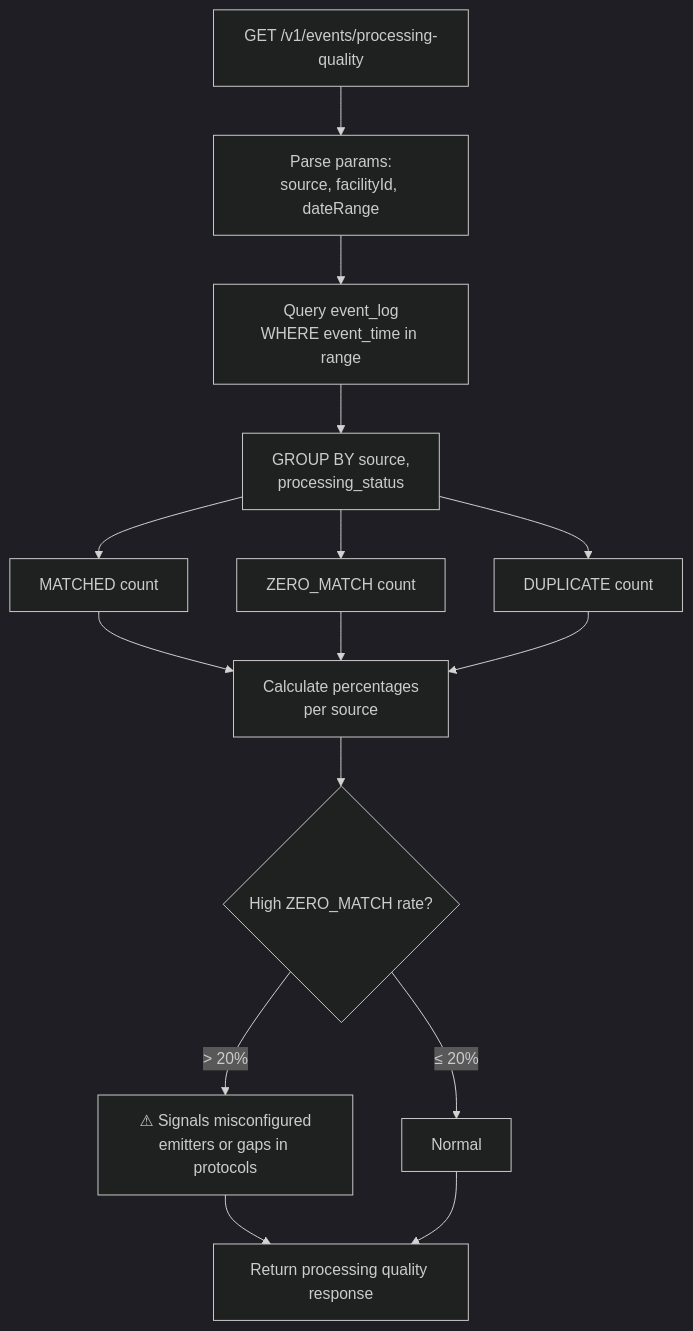
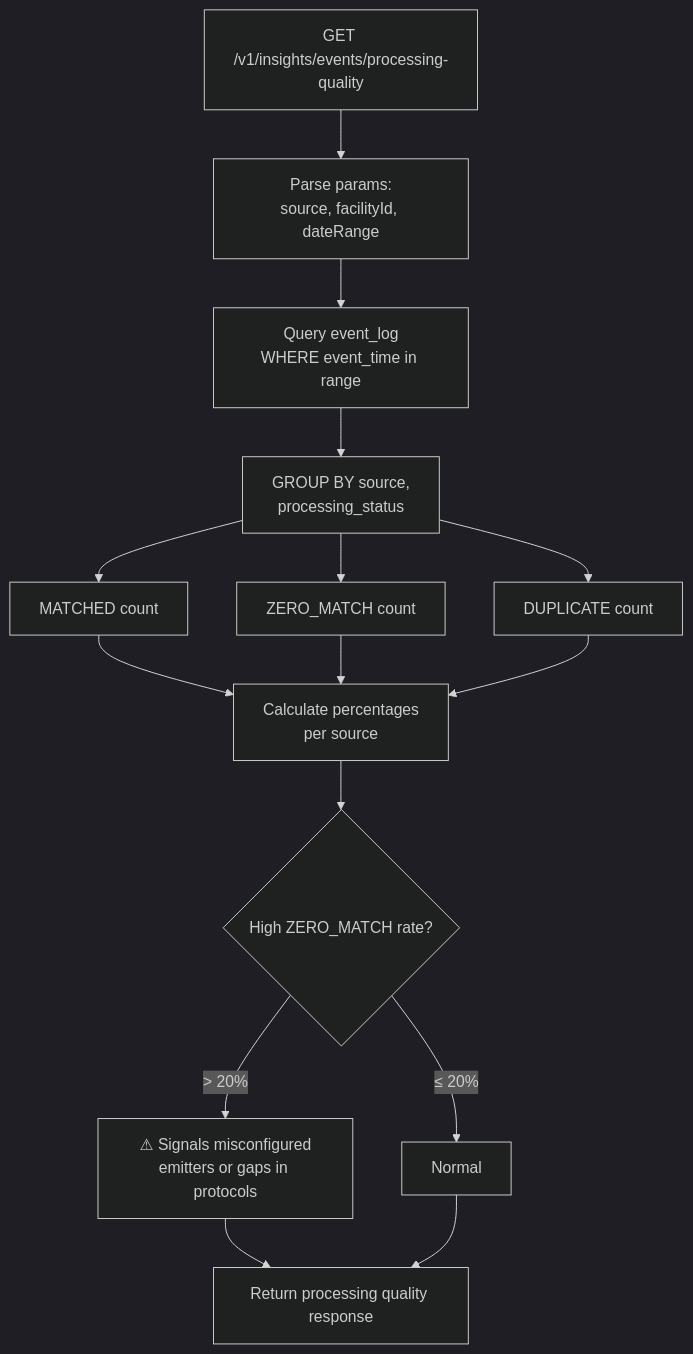
One commit to AjishaVayoli-Tarento/cce-insights-service changed diagram 18 of 27 in docs/flow-diagrams.md. Above: the diagram before and after it, drawn with Mermaid (dark theme). The commit also changed other lines of this file and 27 other files, not shown here.

````diff
--- a/docs/flow-diagrams.md
+++ b/docs/flow-diagrams.md
@@ -370,21 +370,21 @@
 ```mermaid
 flowchart TD
-    A[GET /v1/events/processing-quality] --> B[Parse params:<br/>source, facilityId, dateRange]
+    A[GET /v1/insights/events/processing-quality] --> B[Parse params:<br/>source, facilityId, dateRange]
     B --> C[Query event_log<br/>WHERE event_time in range]
     C --> D[GROUP BY source,<br/>processing_status]
 
     D --> E[MATCHED count]
     D --> F[ZERO_MATCH count]
     D --> G[DUPLICATE count]
 
     E --> H["Calculate percentages<br/>per source"]
     F --> H
     G --> H
 
     H --> I{High ZERO_MATCH rate?}
     I -- "> 20%" --> J["⚠ Signals misconfigured<br/>emitters or gaps in protocols"]
     I -- "≤ 20%" --> K[Normal]
 
     J --> L[Return processing quality response]
     K --> L
 ```
````
